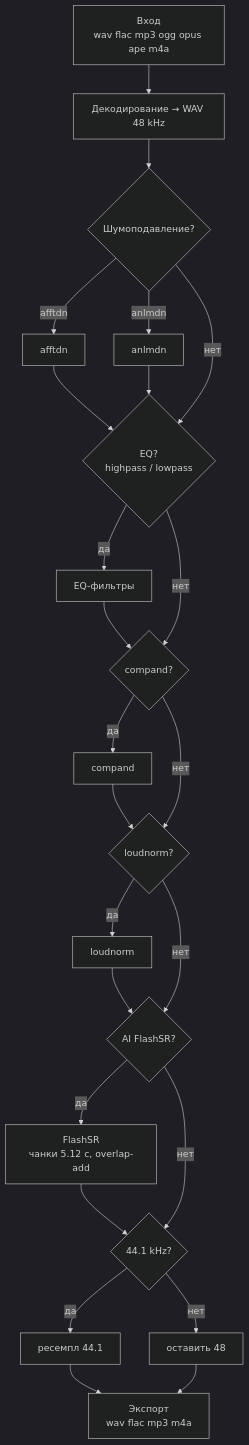
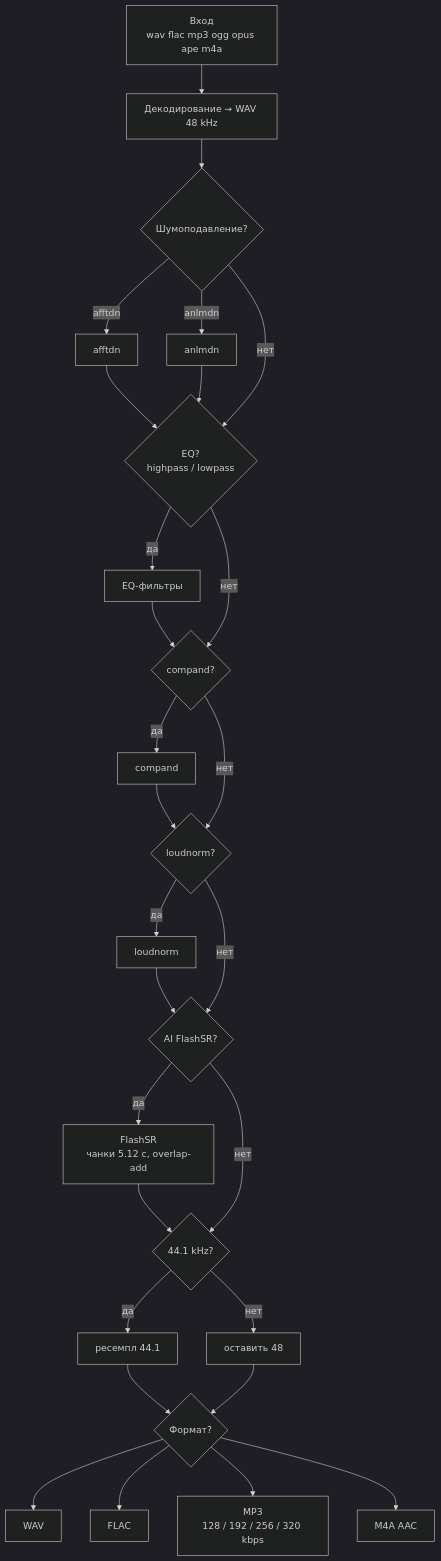
Before and after one commit to mcherepanov/super-resolution: the second of 3 diagrams in README.md, drawn with Mermaid (dark theme). The commit also changed other lines of this file, not shown here.

````diff
--- a/README.md
+++ b/README.md
@@ -64,34 +68,42 @@
 ```mermaid
 flowchart TD
   IN["Вход\nwav flac mp3 ogg opus ape m4a"]
   DEC["Декодирование → WAV 48 kHz"]
   DN{"Шумоподавление?"}
   AFF["afftdn"]
   ANL["anlmdn"]
   EQ{"EQ?\nhighpass / lowpass"}
   CP{"compand?"}
   CMP["compand"]
   LN{"loudnorm?"}
   LOUD["loudnorm"]
   AI{"AI FlashSR?"}
   FLASH["FlashSR\nчанки 5.12 с, overlap-add"]
   RS{"44.1 kHz?"}
   R441["ресемпл 44.1"]
   R48["оставить 48"]
-  EXP["Экспорт\nwav flac mp3 m4a"]
+  EXP{"Формат?"}
+  WAV["WAV"]
+  FLAC["FLAC"]
+  MP3["MP3\n128 / 192 / 256 / 320 kbps"]
+  M4A["M4A AAC"]
 
   IN --> DEC --> DN
   DN -->|afftdn| AFF --> EQ
   DN -->|anlmdn| ANL --> EQ
   DN -->|нет| EQ
   EQ -->|да| HP["EQ-фильтры"] --> CP
   EQ -->|нет| CP
   CP -->|да| CMP --> LN
   CP -->|нет| LN
   LN -->|да| LOUD --> AI
   LN -->|нет| AI
   AI -->|да| FLASH --> RS
   AI -->|нет| RS
   RS -->|да| R441 --> EXP
   RS -->|нет| R48 --> EXP
+  EXP --> WAV
+  EXP --> FLAC
+  EXP --> MP3
+  EXP --> M4A
 ```
````
